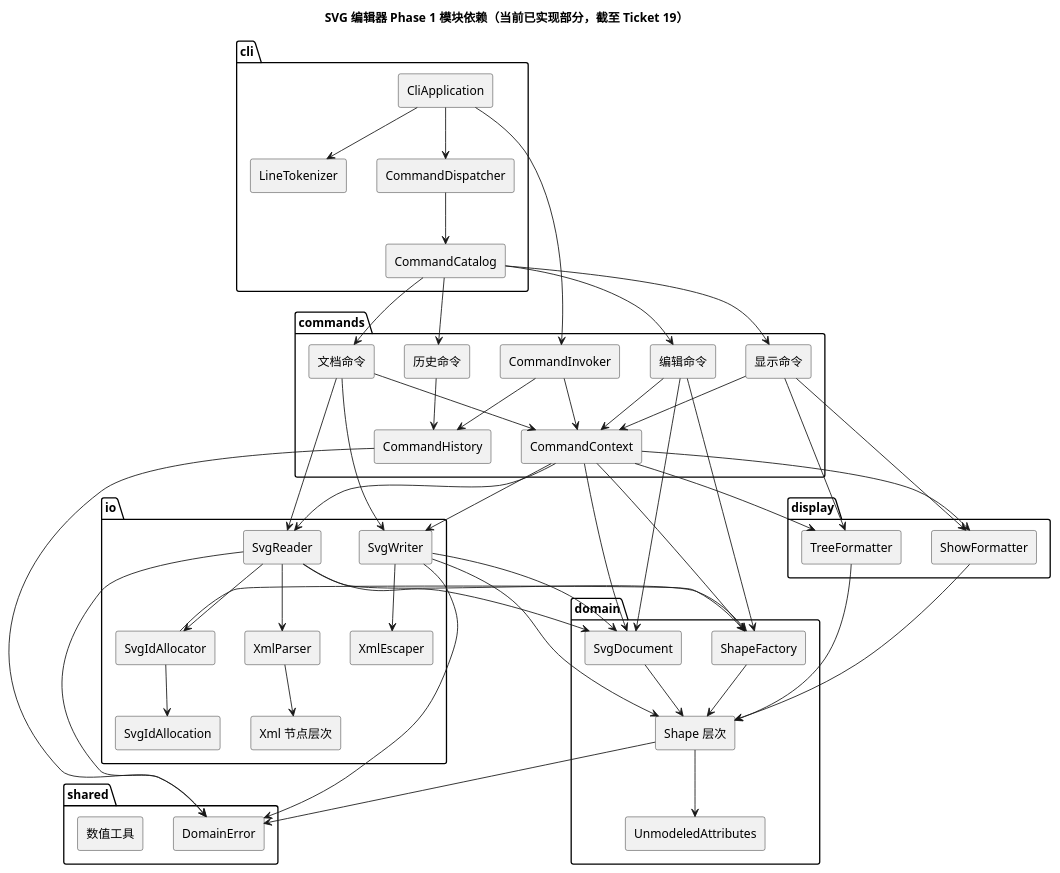
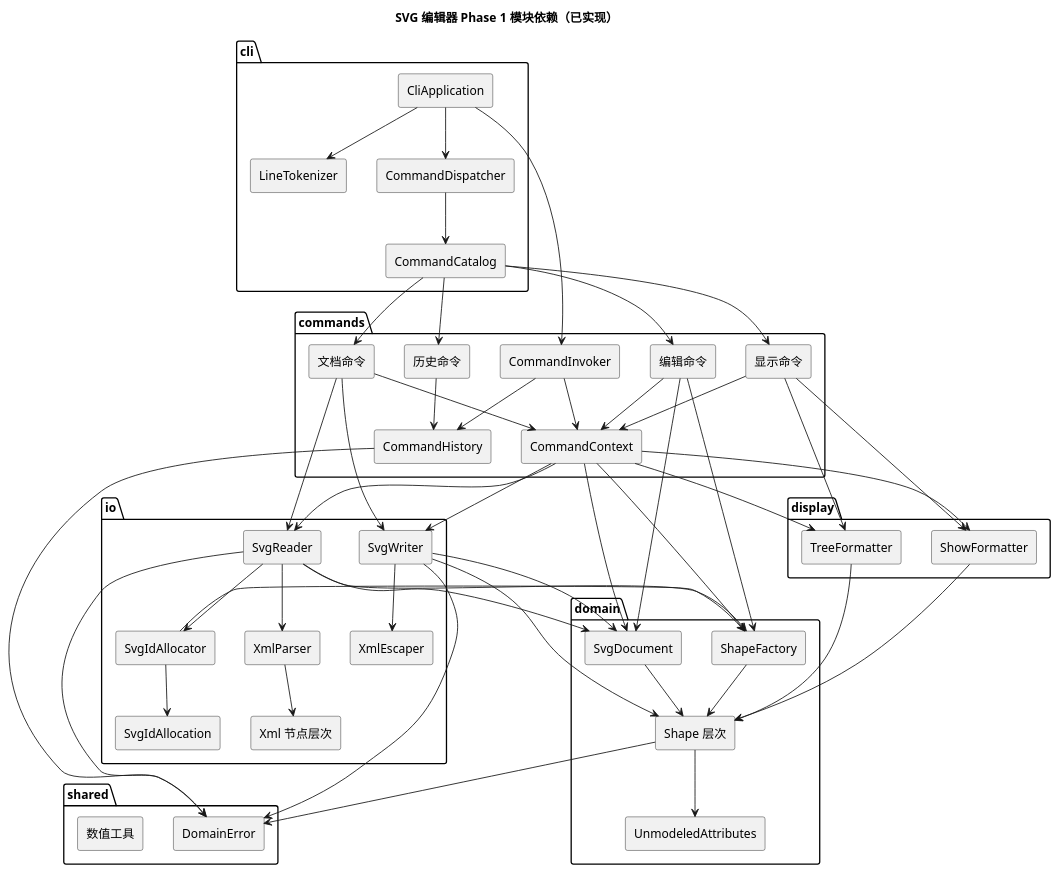
One commit to NQC233/svg-editor-lab1 changed the diagram in doc/architecture.puml. Above: the diagram before and after it, drawn with PlantUML. The commit also changed 23 other files, not shown here.

```diff
--- a/doc/architecture.puml
+++ b/doc/architecture.puml
@@ -1,94 +1,96 @@
-@startuml
+@startuml architecture
 skinparam componentStyle rectangle
-title SVG 编辑器 Phase 1 模块依赖（当前已实现部分，截至 Ticket 19）
+skinparam defaultFontName "PingFang SC"
+skinparam backgroundColor white
+title SVG 编辑器 Phase 1 模块依赖（已实现）
 
 package "cli" {
   [CliApplication]
   [CommandDispatcher]
   [CommandCatalog]
   [LineTokenizer]
 }
 
 package "commands" {
   [CommandInvoker]
   [CommandHistory]
   [CommandContext]
   [编辑命令]
   [文档命令]
   [显示命令]
   [历史命令]
 }
 
 package "domain" {
   [SvgDocument]
   [Shape 层次]
   [ShapeFactory]
   [UnmodeledAttributes]
 }
 
 package "io" {
   [Xml 节点层次]
   [SvgIdAllocator]
   [SvgIdAllocation]
   [SvgReader]
   [SvgWriter]
   [XmlParser]
   [XmlEscaper]
 }
 
 package "display" {
   [TreeFormatter]
   [ShowFormatter]
 }
 
 package "shared" {
   [DomainError]
   [数值工具]
 }
 
 [CliApplication] --> [LineTokenizer]
 [CliApplication] --> [CommandDispatcher]
 [CliApplication] --> [CommandInvoker]
 [CommandDispatcher] --> [CommandCatalog]
 [CommandCatalog] --> [编辑命令]
 [CommandCatalog] --> [文档命令]
 [CommandCatalog] --> [显示命令]
 [CommandCatalog] --> [历史命令]
 [CommandInvoker] --> [CommandHistory]
 [CommandInvoker] --> [CommandContext]
 [编辑命令] --> [CommandContext]
 [文档命令] --> [CommandContext]
 [显示命令] --> [CommandContext]
 [历史命令] --> [CommandHistory]
 [CommandContext] --> [SvgDocument]
 [CommandContext] --> [SvgReader]
 [CommandContext] --> [SvgWriter]
 [CommandContext] --> [TreeFormatter]
 [CommandContext] --> [ShowFormatter]
 [CommandContext] --> [ShapeFactory]
 [编辑命令] --> [SvgDocument]
 [编辑命令] --> [ShapeFactory]
 [文档命令] --> [SvgReader]
 [文档命令] --> [SvgWriter]
 [显示命令] --> [TreeFormatter]
 [显示命令] --> [ShowFormatter]
 [SvgReader] --> [XmlParser]
 [XmlParser] --> [Xml 节点层次]
 [SvgReader] --> [SvgIdAllocator]
 [SvgIdAllocator] --> [SvgIdAllocation]
 [SvgIdAllocator] --> [ShapeFactory]
 [SvgReader] --> [SvgDocument]
 [SvgReader] --> [ShapeFactory]
 [SvgWriter] --> [SvgDocument]
 [SvgWriter] --> [Shape 层次]
 [SvgWriter] --> [XmlEscaper]
 [TreeFormatter] --> [Shape 层次]
 [ShowFormatter] --> [Shape 层次]
 [ShapeFactory] --> [Shape 层次]
 [SvgDocument] --> [Shape 层次]
 [Shape 层次] --> [UnmodeledAttributes]
 [Shape 层次] --> [DomainError]
 [SvgReader] --> [DomainError]
 [SvgWriter] --> [DomainError]
 [CommandHistory] --> [DomainError]
 @enduml
```
